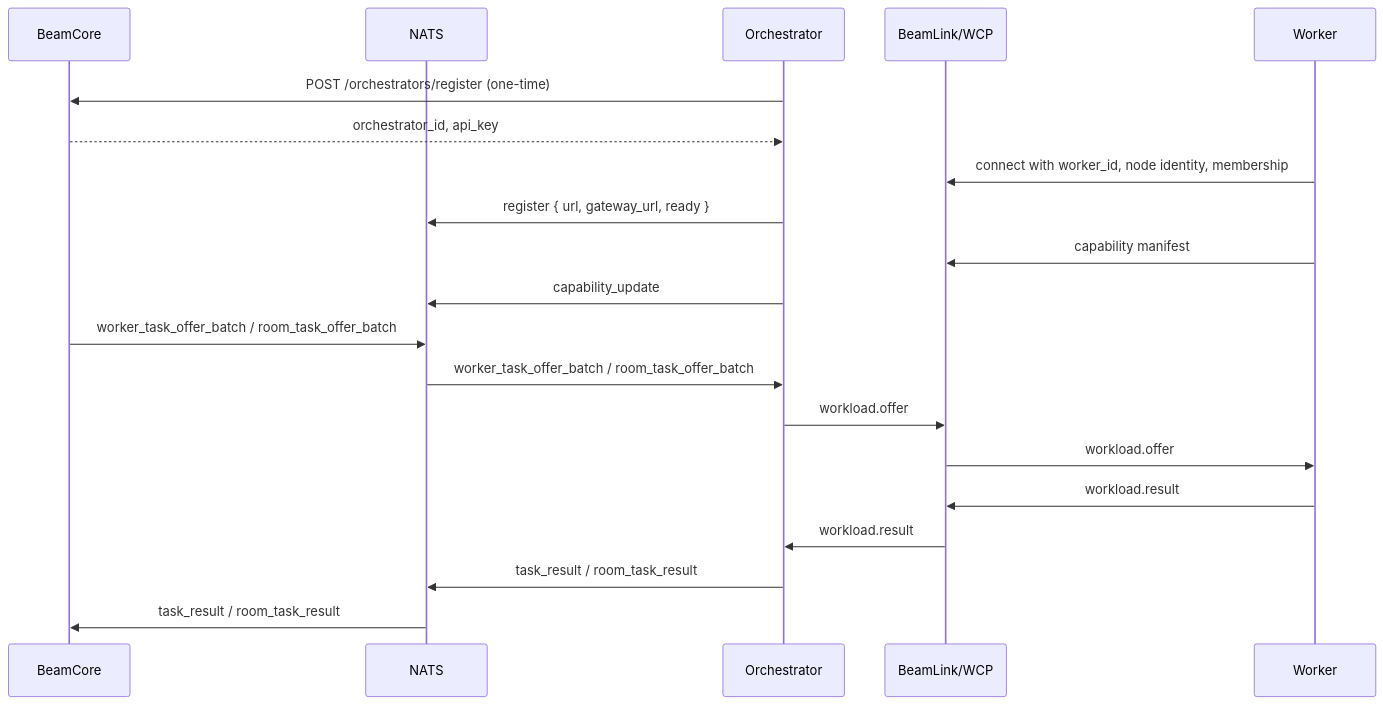
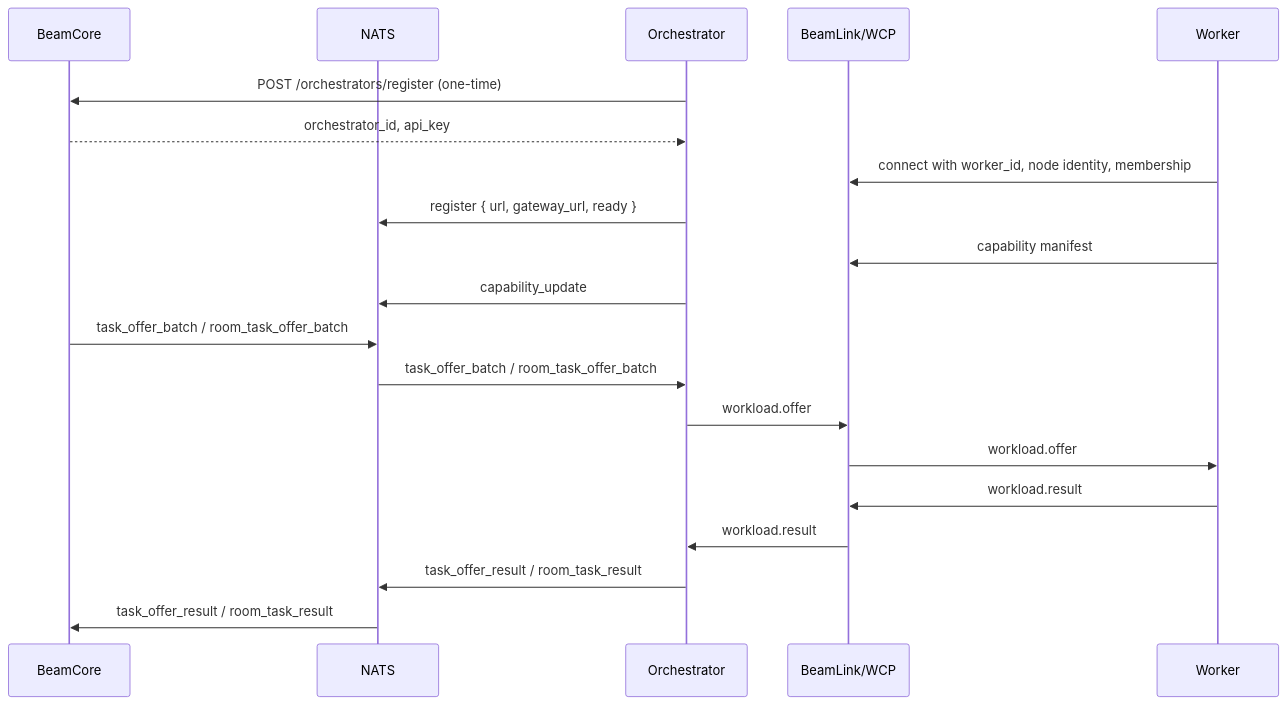
Before and after one commit to Beam-Network/beam: the diagram in guide/orchestrators.md, drawn with Mermaid. The commit also changed other lines of this file and 30 other files, not shown here.

First line of the commit message:
Refactor BeamCore task offer control flow

````diff
--- a/guide/orchestrators.md
+++ b/guide/orchestrators.md
@@ -34,23 +34,23 @@
 ```mermaid
 sequenceDiagram
     participant BC as BeamCore
     participant NATS
     participant O as Orchestrator
     participant WCP as BeamLink/WCP
     participant W as Worker
 
     O->>BC: POST /orchestrators/register (one-time)
     BC-->>O: orchestrator_id, api_key
     W->>WCP: connect with worker_id, node identity, membership
     O->>NATS: register { url, gateway_url, ready }
     W->>WCP: capability manifest
     O->>NATS: capability_update
-    BC->>NATS: worker_task_offer_batch / room_task_offer_batch
-    NATS->>O: worker_task_offer_batch / room_task_offer_batch
+    BC->>NATS: task_offer_batch / room_task_offer_batch
+    NATS->>O: task_offer_batch / room_task_offer_batch
     O->>WCP: workload.offer
     WCP->>W: workload.offer
     W->>WCP: workload.result
     WCP->>O: workload.result
-    O->>NATS: task_result / room_task_result
-    NATS->>BC: task_result / room_task_result
+    O->>NATS: task_offer_result / room_task_result
+    NATS->>BC: task_offer_result / room_task_result
 ```
````
